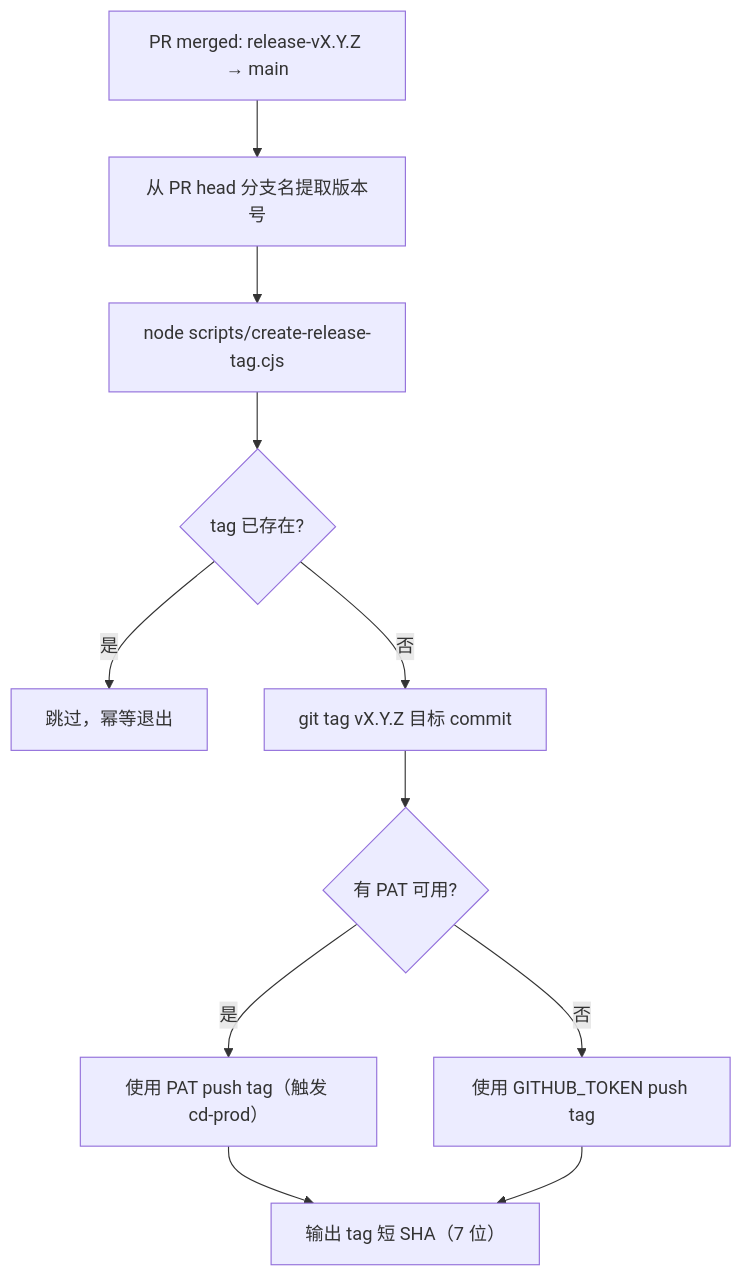
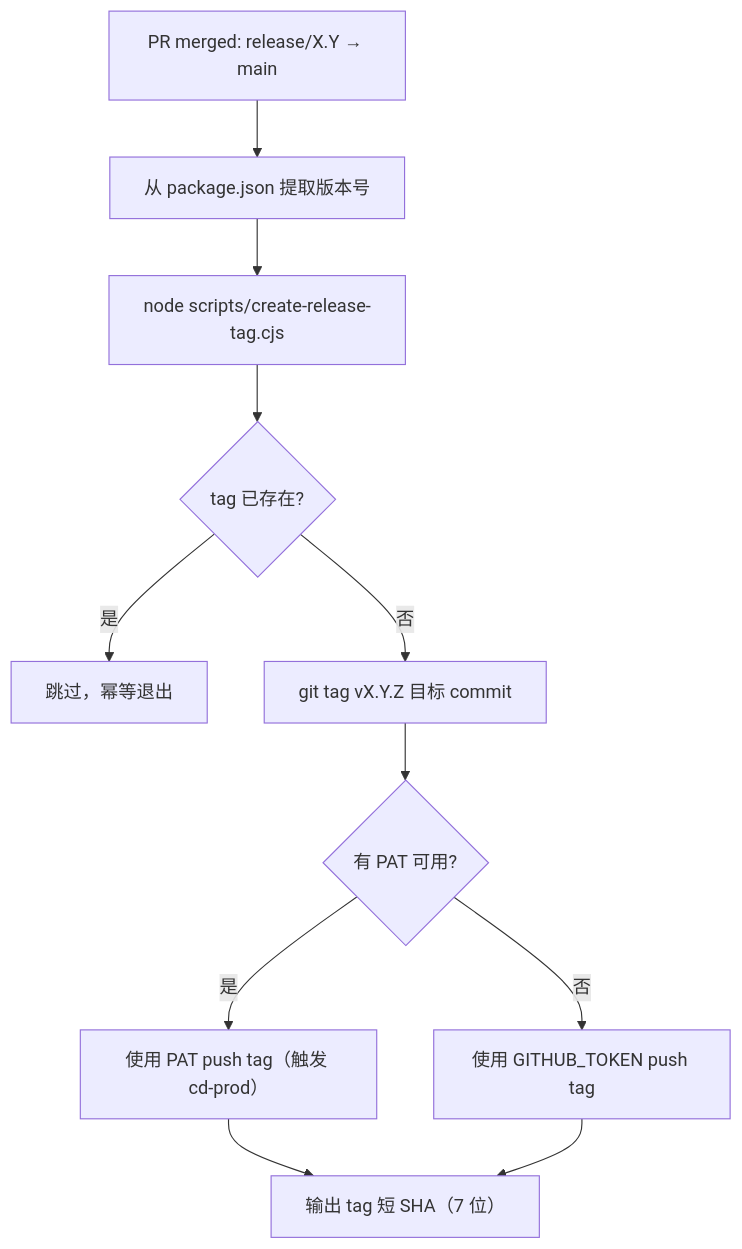
One commit to gdmuna/NestJS-Scaffold changed the second of 3 diagrams in docs/02-architecture/cicd-deployment.md. Above: the diagram before and after it, drawn with Mermaid. The commit also changed other lines of this file and 15 other files, not shown here.

````diff
--- a/docs/02-architecture/cicd-deployment.md
+++ b/docs/02-architecture/cicd-deployment.md
@@ -77,12 +78,12 @@
 ```mermaid
 flowchart TD
-    A["PR merged: release-vX.Y.Z → main"] --> B["从 PR head 分支名提取版本号"]
+    A["PR merged: release/X.Y → main"] --> B["从 package.json 提取版本号"]
     B --> C["node scripts/create-release-tag.cjs"]
     C --> D{tag 已存在?}
     D -- 是 --> E["跳过，幂等退出"]
     D -- 否 --> F["git tag vX.Y.Z 目标 commit"]
     F --> G{有 PAT 可用?}
     G -- 是 --> H["使用 PAT push tag（触发 cd-prod）"]
     G -- 否 --> I["使用 GITHUB_TOKEN push tag"]
     H & I --> J["输出 tag 短 SHA（7 位）"]
 ```
````
